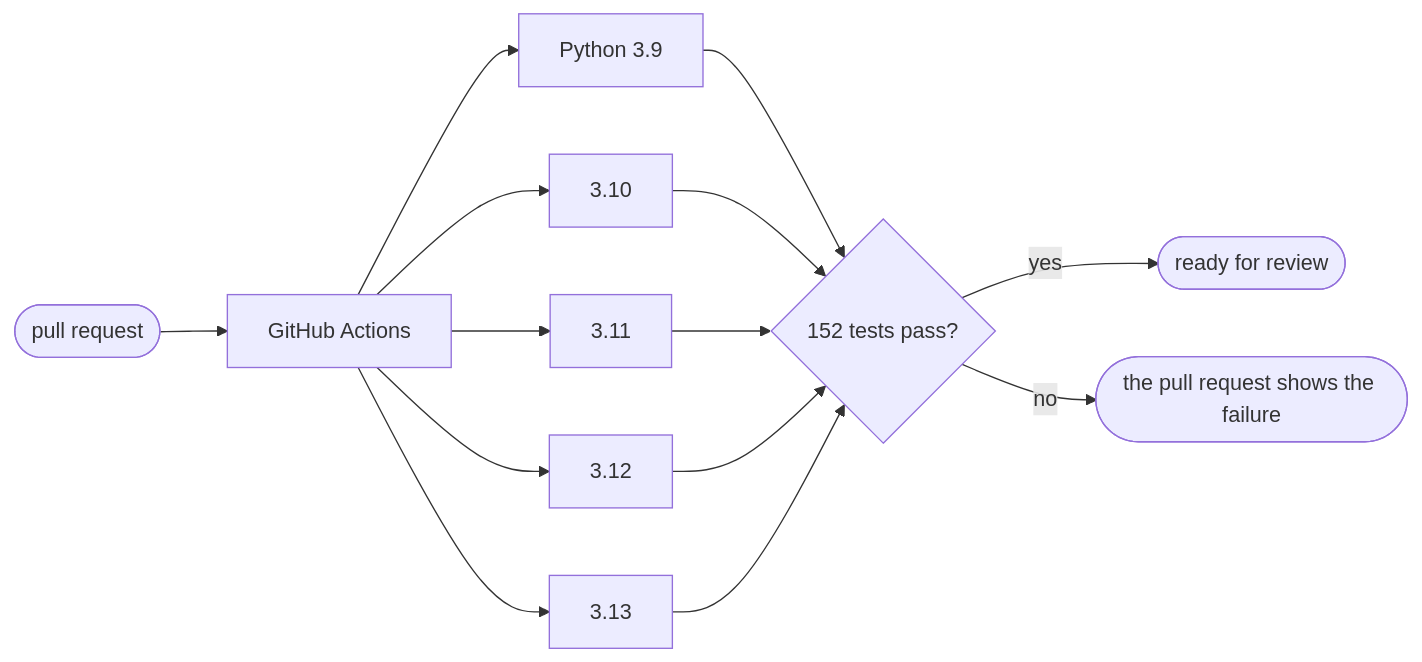
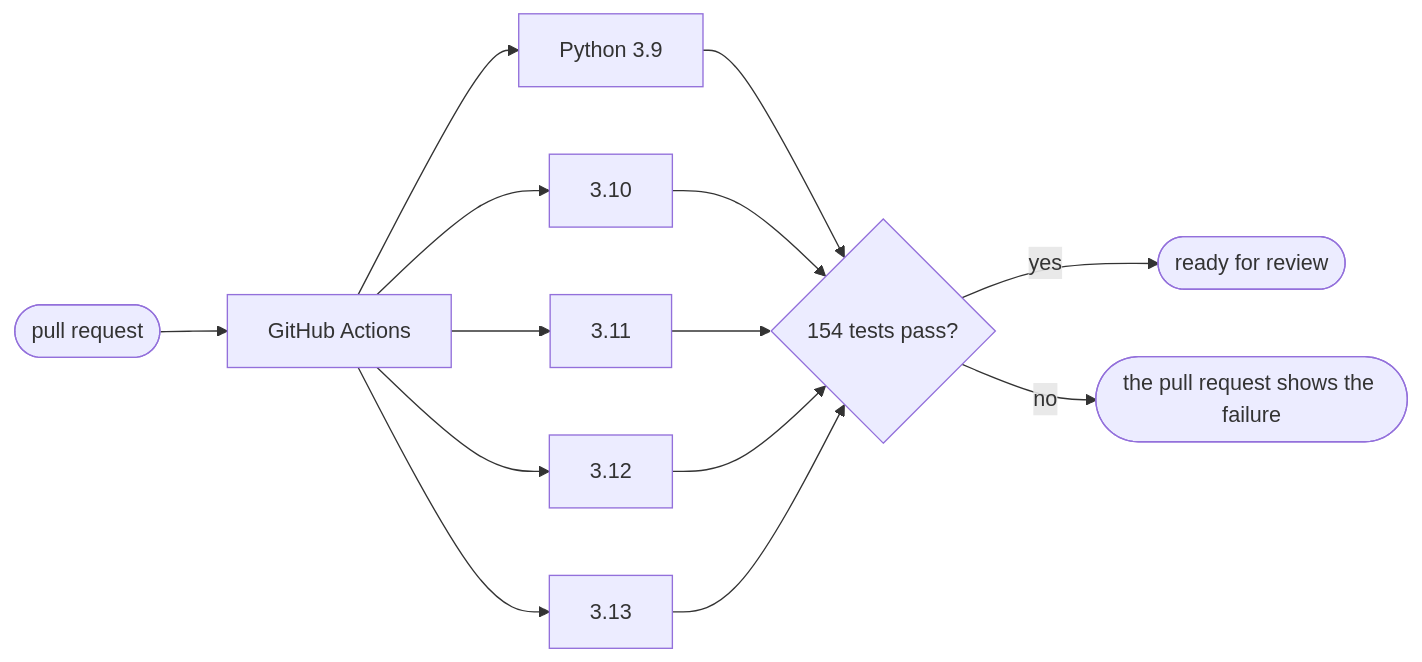
Before and after one commit to rniedson/higgsfield-director-pro-skill: the first of 2 diagrams in higgsfield-director/tests/README.md, drawn with Mermaid. The commit also changed other lines of this file and 9 other files, not shown here.

````diff
--- a/higgsfield-director/tests/README.md
+++ b/higgsfield-director/tests/README.md
@@ -10,8 +10,8 @@
 ```mermaid
 flowchart LR
     PR([pull request]) --> CI[GitHub Actions]
     CI --> P39[Python 3.9] & P310[3.10] & P311[3.11] & P312[3.12] & P313[3.13]
-    P39 & P310 & P311 & P312 & P313 --> OK{152 tests pass?}
+    P39 & P310 & P311 & P312 & P313 --> OK{154 tests pass?}
     OK -- yes --> M([ready for review])
     OK -- no --> F([the pull request shows the failure])
 ```
````
